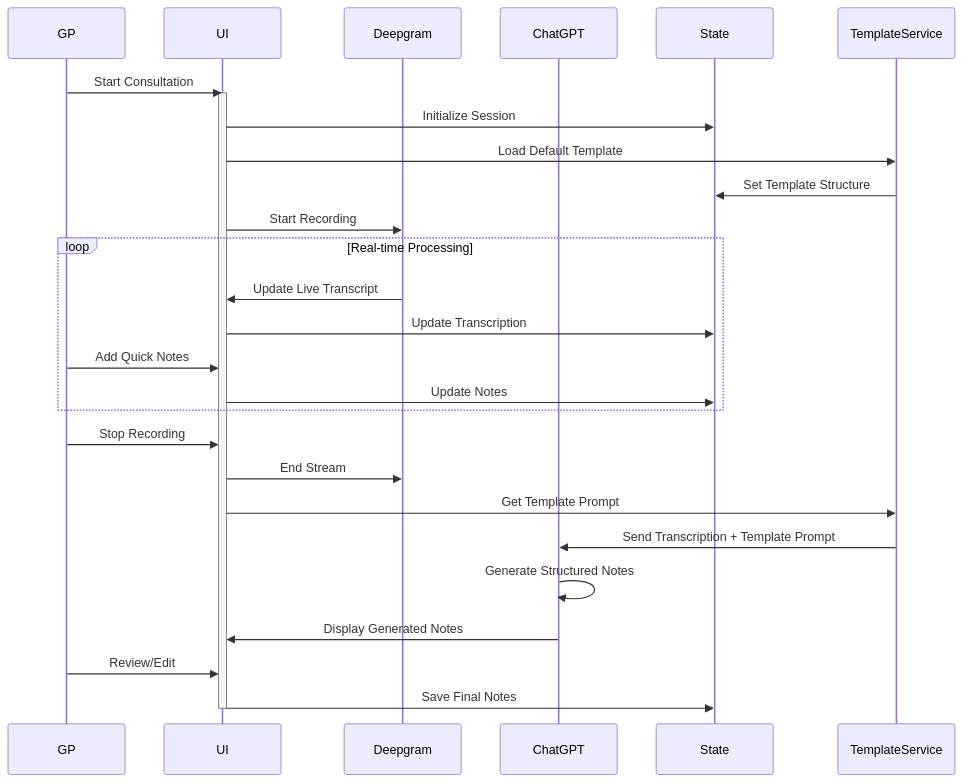
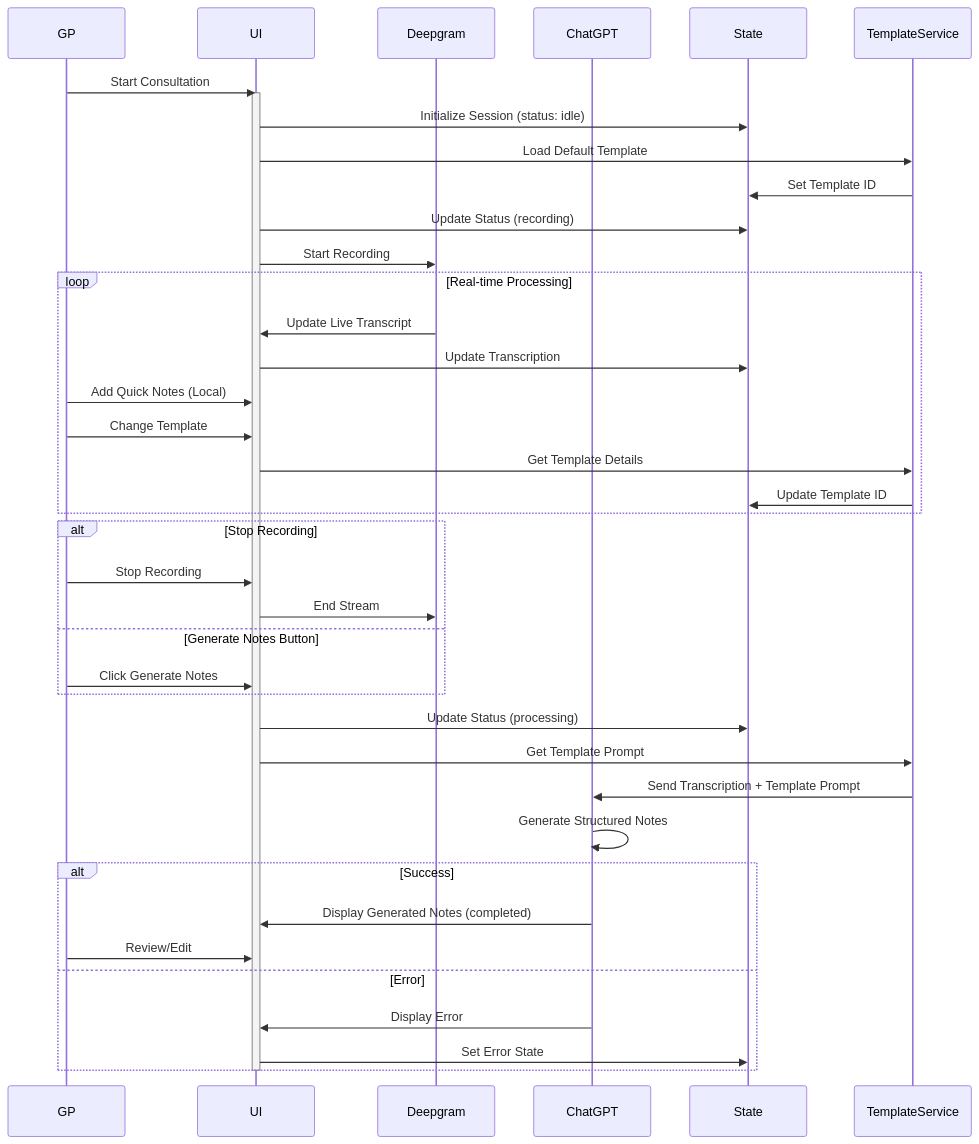
One commit to reonzpika/ClinicProNZ changed the diagram in docs/engineering/logic-flows.md. Above: the diagram before and after it, drawn with Mermaid. The commit also changed other lines of this file and 4 other files, not shown here.

Commit message:
docs: update state management and template system documentation - Move state management and template system to completed tasks - Update progress metrics with visual indicators - Refine user flows and logic flows - Add error handling documentation

````diff
--- a/docs/engineering/logic-flows.md
+++ b/docs/engineering/logic-flows.md
@@ -7,33 +9,47 @@
 ```mermaid
 sequenceDiagram
     participant GP
     participant UI
     participant Deepgram
     participant ChatGPT
     participant State
     participant TemplateService
 
     GP->>UI: Start Consultation
     activate UI
-    UI->>State: Initialize Session
+    UI->>State: Initialize Session (status: idle)
     UI->>TemplateService: Load Default Template
-    TemplateService->>State: Set Template Structure
+    TemplateService->>State: Set Template ID
+    UI->>State: Update Status (recording)
     UI->>Deepgram: Start Recording
 
     loop Real-time Processing
         Deepgram->>UI: Update Live Transcript
         UI->>State: Update Transcription
-        GP->>UI: Add Quick Notes
-        UI->>State: Update Notes
+        GP->>UI: Add Quick Notes (Local)
+        GP->>UI: Change Template
+        UI->>TemplateService: Get Template Details
+        TemplateService->>State: Update Template ID
     end
 
-    GP->>UI: Stop Recording
-    UI->>Deepgram: End Stream
+    alt Stop Recording
+        GP->>UI: Stop Recording
+        UI->>Deepgram: End Stream
+    else Generate Notes Button
+        GP->>UI: Click Generate Notes
+    end
+
+    UI->>State: Update Status (processing)
     UI->>TemplateService: Get Template Prompt
     TemplateService->>ChatGPT: Send Transcription + Template Prompt
     ChatGPT->>ChatGPT: Generate Structured Notes
-    ChatGPT->>UI: Display Generated Notes
-    GP->>UI: Review/Edit
-    UI->>State: Save Final Notes
+    alt Success
+        ChatGPT->>UI: Display Generated Notes (completed)
+        GP->>UI: Review/Edit
+
+    else Error
+        ChatGPT->>UI: Display Error
+        UI->>State: Set Error State
+    end
     deactivate UI
 ```
````
